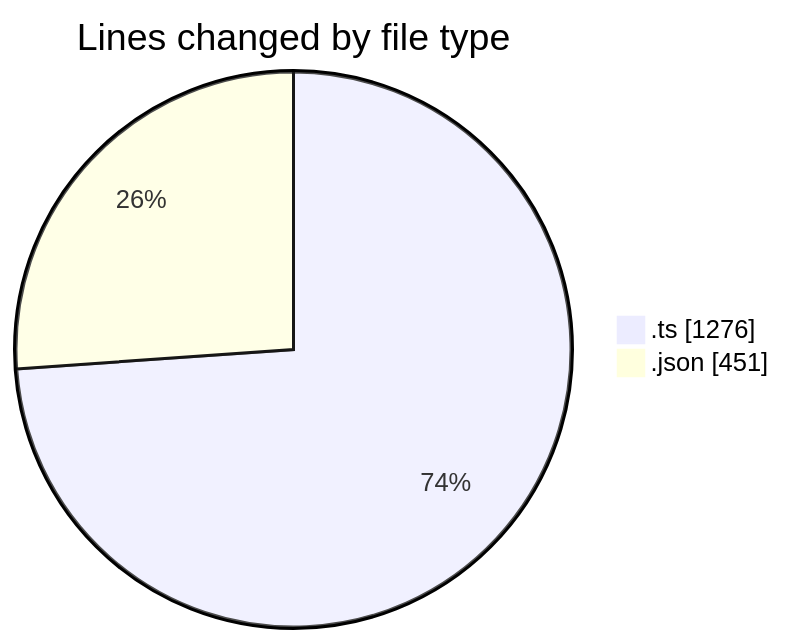
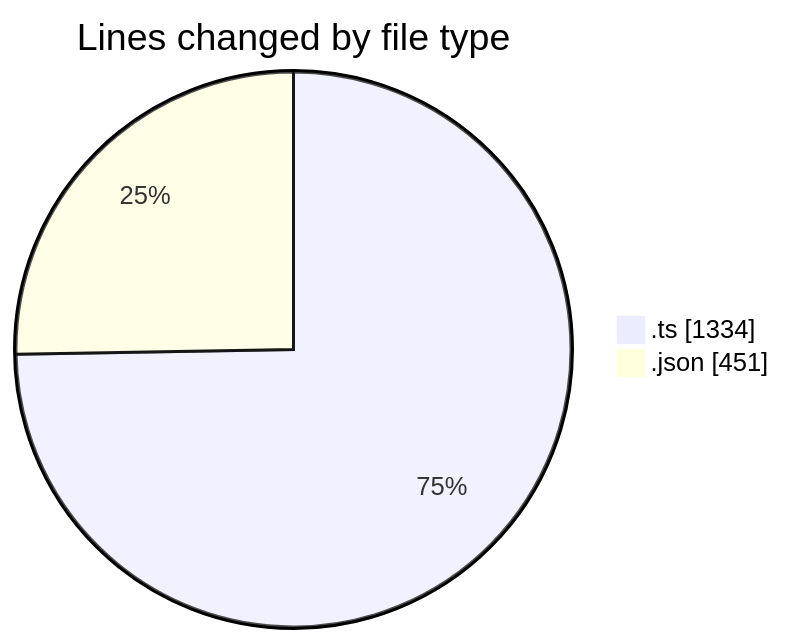
One commit to momahboobian/code-tracking changed the first of 2 diagrams in 2025-10-22/cda/README.md. Above: the diagram before and after it, drawn with Mermaid. The commit also changed other lines of this file and 1 other file, not shown here.

````diff
--- a/2025-10-22/cda/README.md
+++ b/2025-10-22/cda/README.md
@@ -23,6 +24,6 @@
 ```mermaid
 pie showData
 title Lines changed by file type
-".ts" : 1276
+".ts" : 1334
 ".json" : 451
 ```
````
